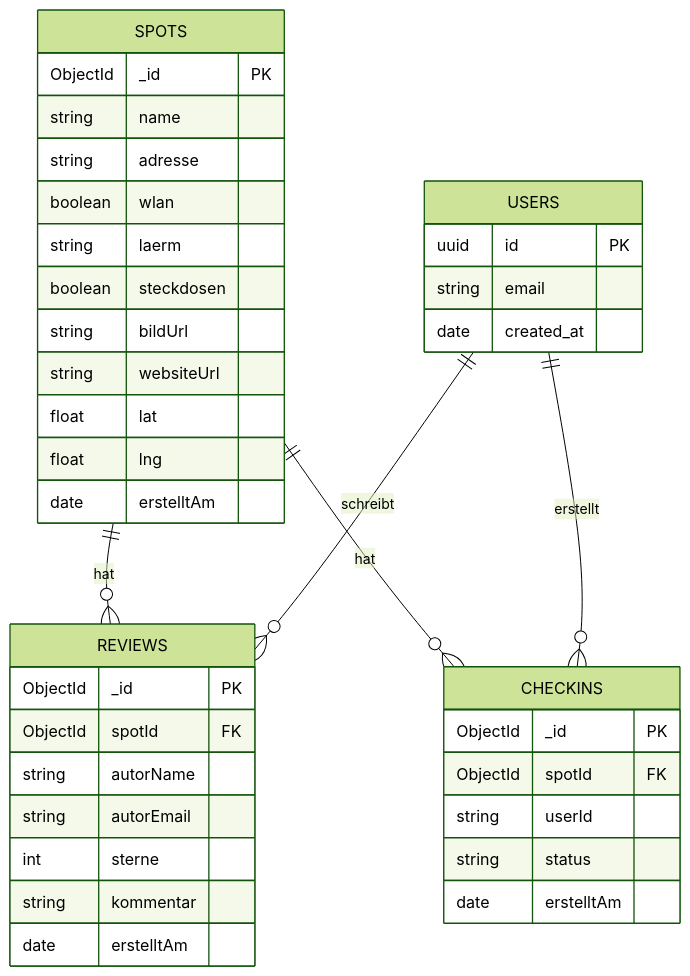
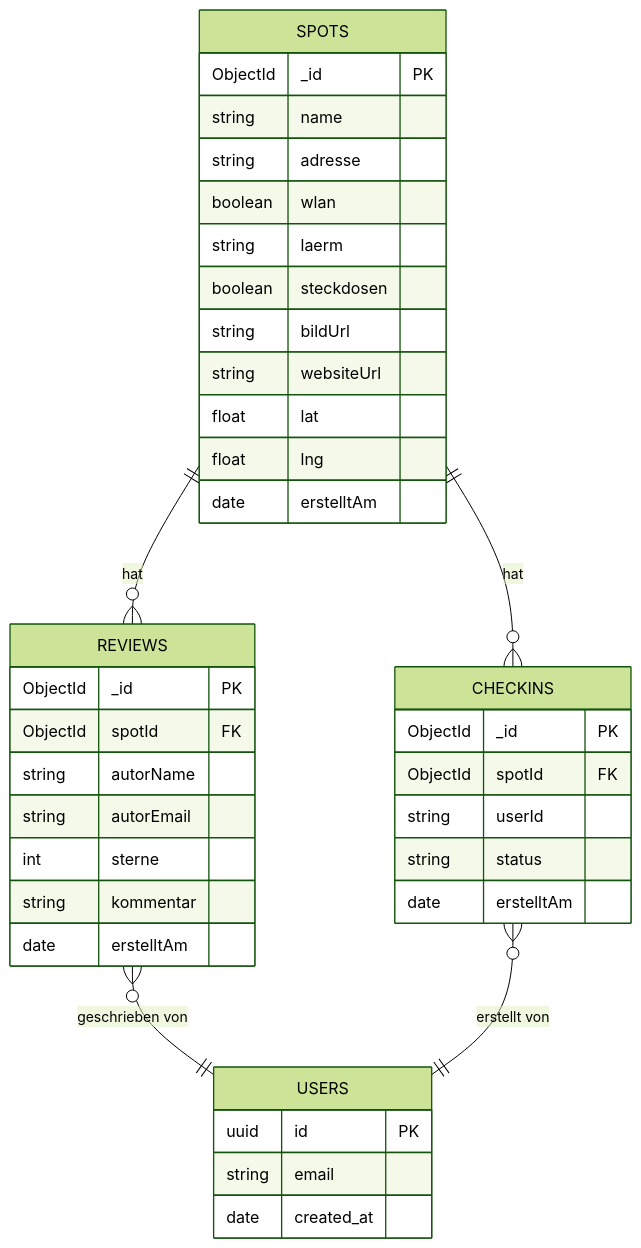
One commit to rexheeri/studyspot-zhaw changed the diagram in README.md. Above: the diagram before and after it, drawn with Mermaid (forest theme).

Commit message:
docs: ER-Diagramm als Raute, keine kreuzenden Linien

````diff
--- a/README.md
+++ b/README.md
@@ -134,42 +134,42 @@
 ```mermaid
 erDiagram
     SPOTS ||--o{ REVIEWS : "hat"
     SPOTS ||--o{ CHECKINS : "hat"
-    USERS ||--o{ REVIEWS : "schreibt"
-    USERS ||--o{ CHECKINS : "erstellt"
+    REVIEWS }o--|| USERS : "geschrieben von"
+    CHECKINS }o--|| USERS : "erstellt von"
 
-    REVIEWS {
-        ObjectId _id PK
-        ObjectId spotId FK
-        string autorName
-        string autorEmail
-        int sterne
-        string kommentar
-        date erstelltAm
-    }
     SPOTS {
         ObjectId _id PK
         string name
         string adresse
         boolean wlan
         string laerm
         boolean steckdosen
         string bildUrl
         string websiteUrl
         float lat
         float lng
+        date erstelltAm
+    }
+    REVIEWS {
+        ObjectId _id PK
+        ObjectId spotId FK
+        string autorName
+        string autorEmail
+        int sterne
+        string kommentar
         date erstelltAm
     }
     CHECKINS {
         ObjectId _id PK
         ObjectId spotId FK
         string userId
         string status
         date erstelltAm
     }
     USERS {
         uuid id PK
         string email
         date created_at
     }
 ```
````
